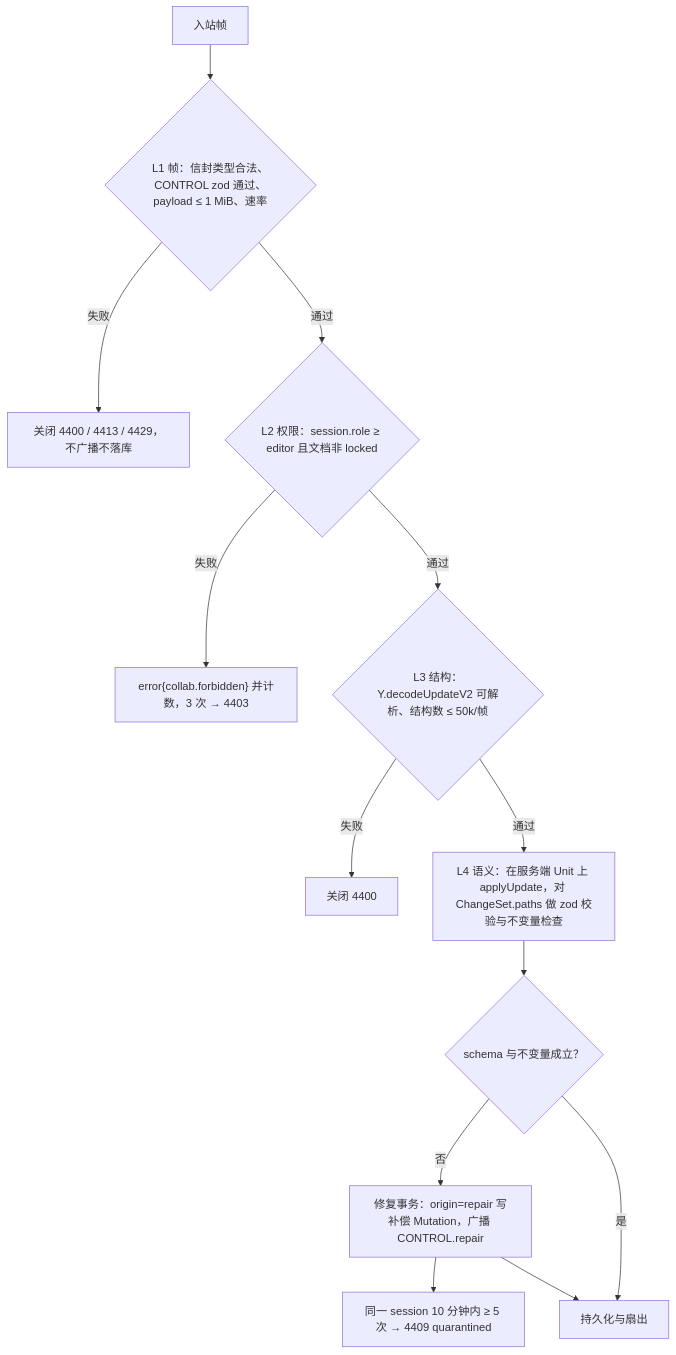
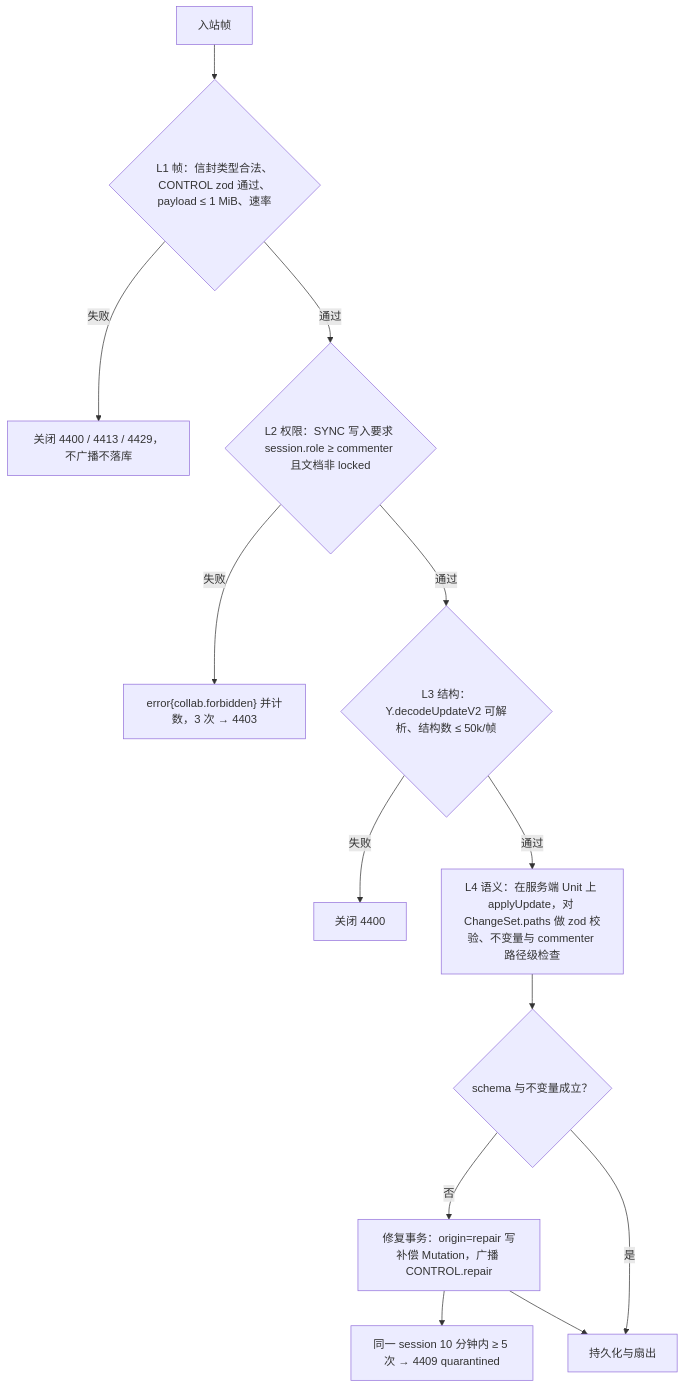
Before and after one commit to Xeonice/cordis-ppt-editor: diagram 12 of 14 in docs/30-architecture/06-collaboration.md, drawn with Mermaid. The commit also changed other lines of this file and 79 other files, not shown here.

````diff
--- a/docs/30-architecture/06-collaboration.md
+++ b/docs/30-architecture/06-collaboration.md
@@ -919,15 +924,15 @@
 ```mermaid
 flowchart TB
   frame["入站帧"] --> l1{"L1 帧：信封类型合法、CONTROL zod 通过、payload ≤ 1 MiB、速率"}
   l1 -- "失败" --> l1f["关闭 4400 / 4413 / 4429，不广播不落库"]
-  l1 -- "通过" --> l2{"L2 权限：session.role ≥ editor 且文档非 locked"}
+  l1 -- "通过" --> l2{"L2 权限：SYNC 写入要求 session.role ≥ commenter 且文档非 locked"}
   l2 -- "失败" --> l2f["error{collab.forbidden} 并计数，3 次 → 4403"]
   l2 -- "通过" --> l3{"L3 结构：Y.decodeUpdateV2 可解析、结构数 ≤ 50k/帧"}
   l3 -- "失败" --> l3f["关闭 4400"]
-  l3 -- "通过" --> l4["L4 语义：在服务端 Unit 上 applyUpdate，对 ChangeSet.paths 做 zod 校验与不变量检查"]
+  l3 -- "通过" --> l4["L4 语义：在服务端 Unit 上 applyUpdate，对 ChangeSet.paths 做 zod 校验、不变量与 commenter 路径级检查"]
   l4 --> ok{"schema 与不变量成立？"}
   ok -- "否" --> repair["修复事务：origin=repair 写补偿 Mutation，广播 CONTROL.repair"]
   repair --> quarantine["同一 session 10 分钟内 ≥ 5 次 → 4409 quarantined"]
   ok -- "是" --> persist["持久化与扇出"]
   repair --> persist
 ```
````
